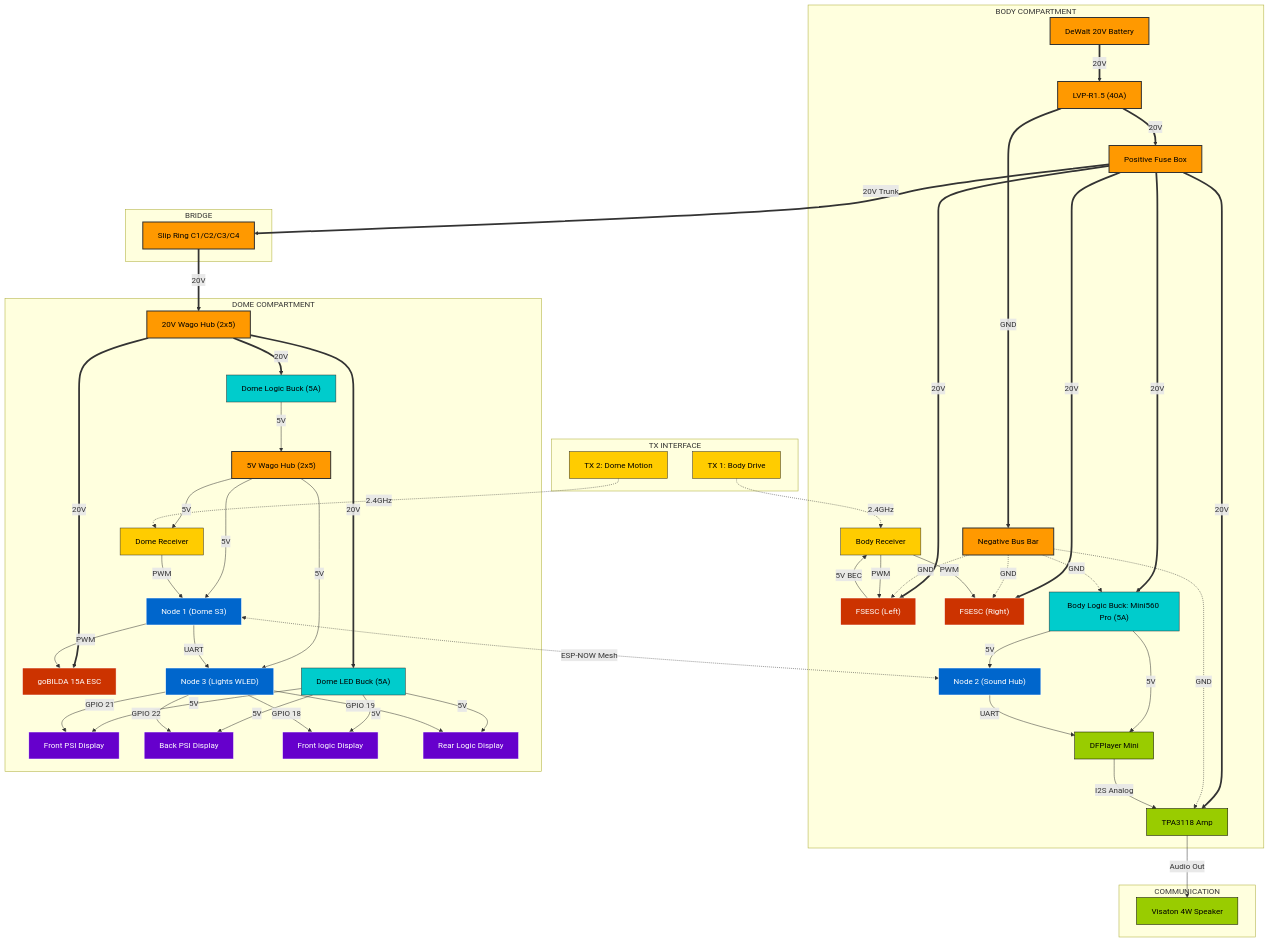
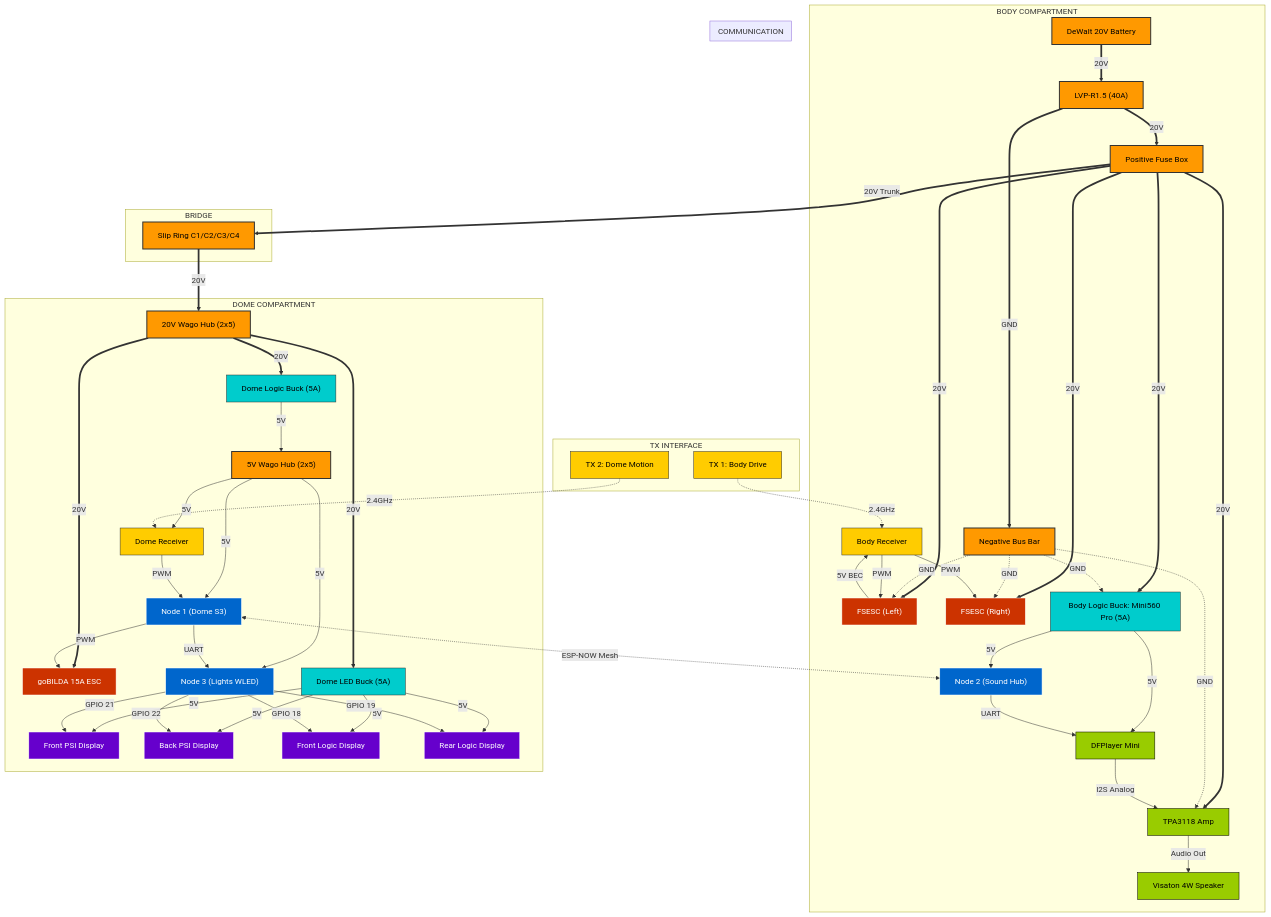
Before and after one commit to Ruzzler/Wee2-D2: the diagram in docs/architecture/electrical-schematic.md, drawn with Mermaid.

Commit message:
docs(schematic): optimize signal routing into physical domains for technical clarity

```diff
--- a/docs/architecture/electrical-schematic.md
+++ b/docs/architecture/electrical-schematic.md
@@ -36,6 +36,12 @@
     BODY_BUCK -->|5V| NODE_2["Node 2 (Sound Hub)"]:::brain
     BODY_BUCK -->|5V| AUDIO["DFPlayer Mini"]:::audio
     ESC1 -->|5V BEC| RC1["Body Receiver"]:::signal
+
+    NODE_2 -->|UART| AUDIO
+    AUDIO -->|I2S Analog| AMP
+    AMP -->|Audio Out| SPK["Visaton 4W Speaker"]:::audio
+    RC1 -->|PWM| ESC1
+    RC1 -->|PWM| ESC2
   end
 
   subgraph SLIP_RING_BRIDGE["BRIDGE"]
@@ -51,7 +57,7 @@
 
     BUCK_LEDS -->|5V| F_PSI["Front PSI Display"]:::lights
     BUCK_LEDS -->|5V| B_PSI["Back PSI Display"]:::lights
-    BUCK_LEDS -->|5V| F_LOGIC["Front logic Display"]:::lights
+    BUCK_LEDS -->|5V| F_LOGIC["Front Logic Display"]:::lights
     BUCK_LEDS -->|5V| B_LOGIC["Rear Logic Display"]:::lights
 
     BUCK_LOGIC -->|5V| DOME_WAGO_5V["5V Wago Hub (2x5)"]:::power
@@ -59,27 +65,20 @@
     DOME_WAGO_5V -->|5V| NODE_3["Node 3 (Lights WLED)"]:::brain
     DOME_WAGO_5V -->|5V| NODE_1["Node 1 (Dome S3)"]:::brain
     DOME_WAGO_5V -->|5V| RC2["Dome Receiver"]:::signal
+
+    NODE_1 -->|PWM| DOME_ESC
+    NODE_3 -->|GPIO 18| F_LOGIC
+    NODE_3 -->|GPIO 19| B_LOGIC
+    NODE_3 -->|GPIO 21| F_PSI
+    NODE_3 -->|GPIO 22| B_PSI
   end
 
   subgraph INTERCONNECTS["COMMUNICATION"]
     TX1 -.->|2.4GHz| RC1
     TX2 -.->|2.4GHz| RC2
-    RC1 -->|PWM| ESC1
-    RC1 -->|PWM| ESC2
     RC2 -->|PWM| NODE_1
-    NODE_1 -->|PWM| DOME_ESC
-    
-    AUDIO -->|I2S Analog| AMP
-    AMP -->|Audio Out| SPK["Visaton 4W Speaker"]:::audio
-    
     NODE_1 <-.->|ESP-NOW Mesh| NODE_2
     NODE_1 -->|UART| NODE_3
-    NODE_2 -->|UART| AUDIO
-
-    NODE_3 -->|GPIO 18| F_LOGIC
-    NODE_3 -->|GPIO 19| B_LOGIC
-    NODE_3 -->|GPIO 21| F_PSI
-    NODE_3 -->|GPIO 22| B_PSI
   end
 
   %% --- ABSOLUTE TERMINATION: Styling & Interaction ---
```
